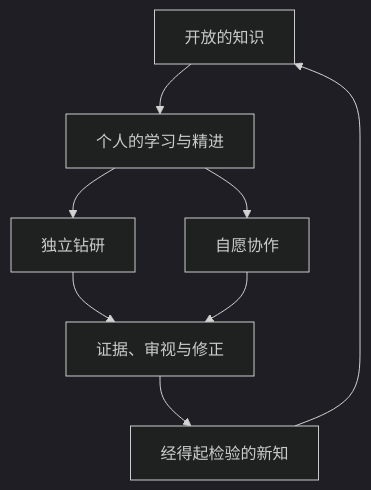
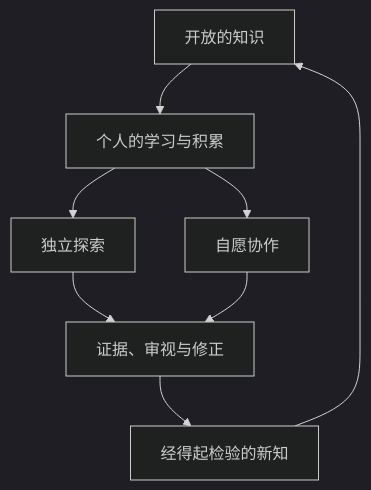
The diagram in articles/diagrams/open-learning-discovery-zh.mmd (domijin/domijin.github.io), drawn with Mermaid (dark theme) before and after one commit. The commit also changed 32 other files, not shown here.

```diff
--- a/articles/diagrams/open-learning-discovery-zh.mmd
+++ b/articles/diagrams/open-learning-discovery-zh.mmd
@@ -1,10 +1,10 @@
 flowchart TB
-  accTitle: 从开放知识到众人共探
-  accDescr: 开放的知识支撑个人的学习与精进，由此生发出独立钻研与自愿协作两条路径；两条路径都须经过证据、审视与修正，新知才真正汇入公共知识池。
-  K["开放的知识"] --> L["个人的学习与精进"]
-  L --> I["独立钻研"]
+  accTitle: 从开放知识到公共新知
+  accDescr: 开放的知识支持个人的学习与积累，由此延伸出独立探索与自愿协作两条路径；两条路径都经过证据、审视与修正，经得起检验的新知才会回到公共知识中。
+  K["开放的知识"] --> L["个人的学习与积累"]
+  L --> I["独立探索"]
   L --> C["自愿协作"]
   I --> V["证据、审视与修正"]
   C --> V
   V --> N["经得起检验的新知"]
   N --> K
```
